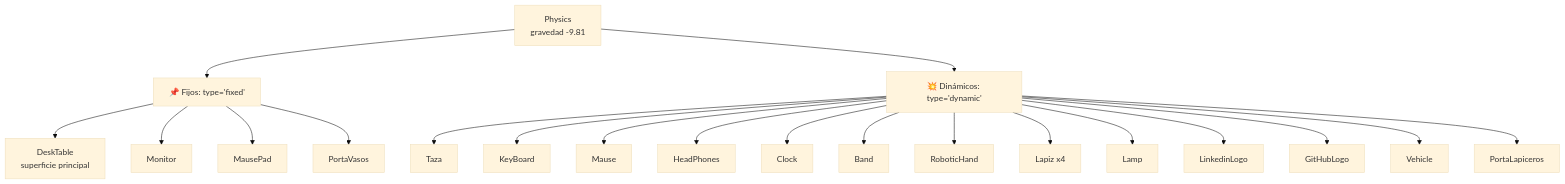
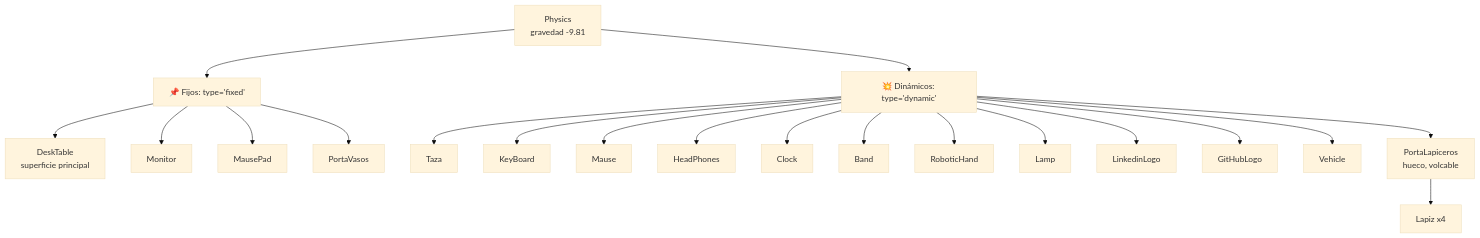
One commit to Palcojulian/portafolio changed the first of 3 diagrams in docs/04-escena-3d/sistema-de-fisicas.md. Above: the diagram before and after it, drawn with Mermaid (base theme). The commit also changed other lines of this file and 2 other files, not shown here.

````diff
--- a/docs/04-escena-3d/sistema-de-fisicas.md
+++ b/docs/04-escena-3d/sistema-de-fisicas.md
@@ -15,25 +15,25 @@
 ```mermaid
 graph TB
     Physics[Physics<br/>gravedad -9.81]
     Physics --> Fixed[📌 Fijos: type='fixed']
     Physics --> Dynamic[💥 Dinámicos: type='dynamic']
 
     Fixed --> DeskTable[DeskTable<br/>superficie principal]
     Fixed --> Monitor
     Fixed --> MausePad
     Fixed --> PortaVasos
 
     Dynamic --> Taza
     Dynamic --> KeyBoard
     Dynamic --> Mause
     Dynamic --> HeadPhones
     Dynamic --> Clock
     Dynamic --> Band
     Dynamic --> RoboticHand
-    Dynamic --> Lapiz1[Lapiz x4]
     Dynamic --> Lamp
     Dynamic --> LinkedinLogo
     Dynamic --> GitHubLogo
     Dynamic --> Vehicle
-    Dynamic --> PortaLapiceros
+    Dynamic --> PortaLapiceros[PortaLapiceros<br/>hueco, volcable]
+    PortaLapiceros --> Lapiz1[Lapiz x4]
 ```
````
